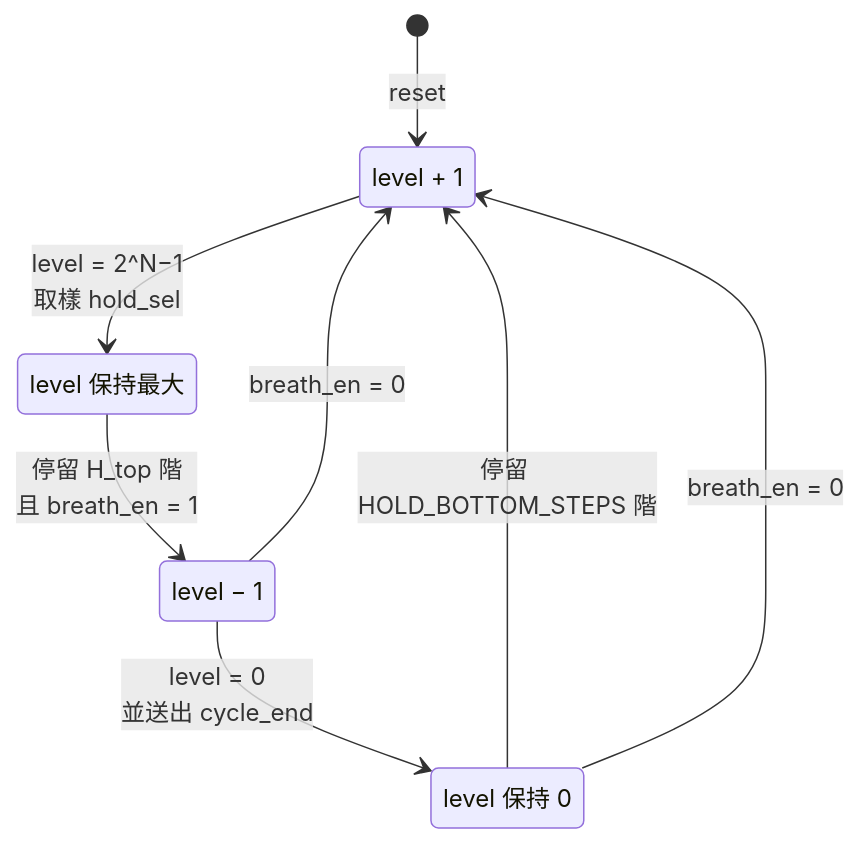
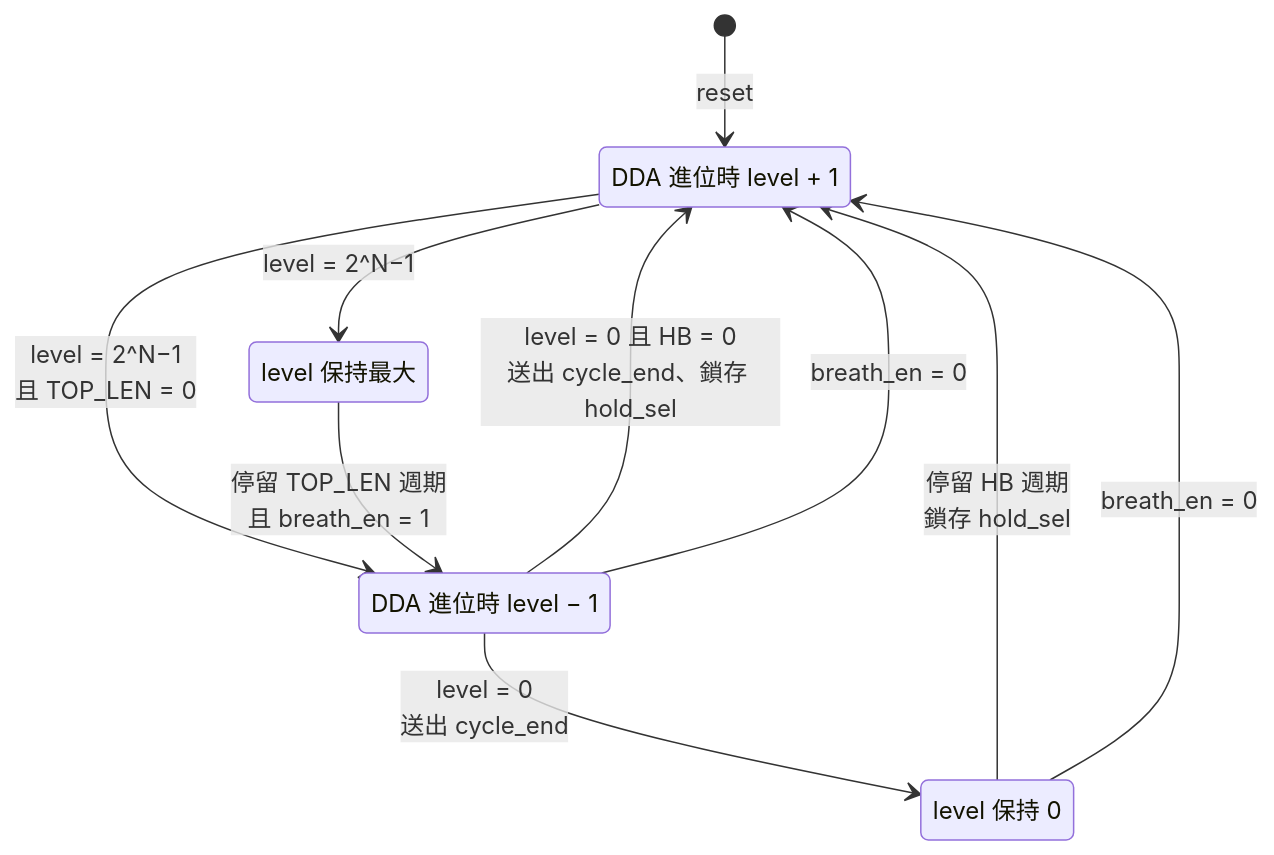
The second of 3 diagrams in HW2/SPEC.md (raylei50653/FPGA_HW), drawn with Mermaid before and after one commit. The commit also changed other lines of this file and 4 other files, not shown here.

First line of the commit message:
Keep HW2 breath period fixed across hold ratios and add self-checking testbench

````diff
--- a/HW2/SPEC.md
+++ b/HW2/SPEC.md
@@ -120,14 +129,16 @@
 ```mermaid
 stateDiagram-v2
     [*] --> UP : reset
-    UP --> HOLD_TOP : level = 2^N−1<br/>取樣 hold_sel
-    HOLD_TOP --> DOWN : 停留 H_top 階<br/>且 breath_en = 1
-    DOWN --> HOLD_BOTTOM : level = 0<br/>並送出 cycle_end
+    UP --> HOLD_TOP : level = 2^N−1
+    UP --> DOWN : level = 2^N−1<br/>且 TOP_LEN = 0
+    HOLD_TOP --> DOWN : 停留 TOP_LEN 週期<br/>且 breath_en = 1
+    DOWN --> HOLD_BOTTOM : level = 0<br/>送出 cycle_end
+    DOWN --> UP : level = 0 且 HB = 0<br/>送出 cycle_end、鎖存 hold_sel
     DOWN --> UP : breath_en = 0
-    HOLD_BOTTOM --> UP : 停留 HOLD_BOTTOM_STEPS 階
+    HOLD_BOTTOM --> UP : 停留 HB 週期<br/>鎖存 hold_sel
     HOLD_BOTTOM --> UP : breath_en = 0
-    UP : level + 1
-    DOWN : level − 1
+    UP : DDA 進位時 level + 1
+    DOWN : DDA 進位時 level − 1
     HOLD_TOP : level 保持最大
     HOLD_BOTTOM : level 保持 0
 ```
````
